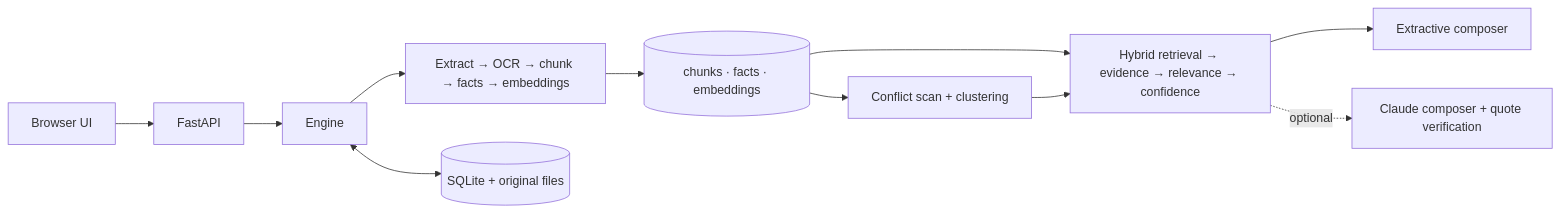
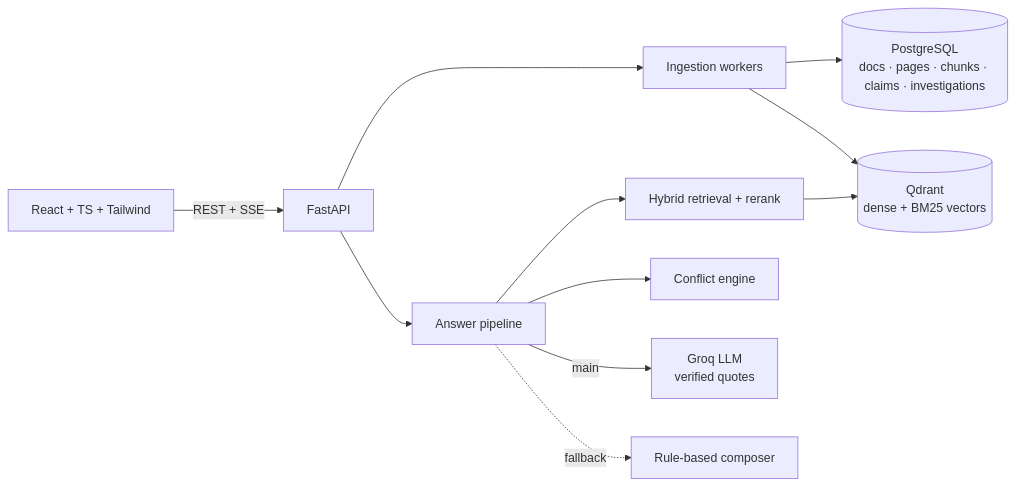
The diagram in README.md (sahinurrahman-debug/DocSherlock), drawn with Mermaid before and after one commit. The commit also changed other lines of this file and 169 other files, not shown here.

````diff
--- a/README.md
+++ b/README.md
@@ -84,13 +135,13 @@
 ```mermaid
 flowchart LR
-    UI[Browser UI] --> API[FastAPI]
-    API --> ENG[Engine]
-    ENG --> ING[Extract → OCR → chunk → facts → embeddings]
-    ING --> IDX[(chunks · facts · embeddings)]
-    IDX --> CON[Conflict scan + clustering]
-    IDX --> QA[Hybrid retrieval → evidence → relevance → confidence]
-    CON --> QA
-    QA --> EXT[Extractive composer]
-    QA -. optional .-> CL[Claude composer + quote verification]
-    ENG <--> DB[(SQLite + original files)]
+    UI["React + TS + Tailwind"] -->|REST + SSE| API[FastAPI]
+    API --> ING[Ingestion workers]
+    ING --> PG[(PostgreSQL<br/>docs · pages · chunks · claims · investigations)]
+    ING --> QD[(Qdrant<br/>dense + BM25 vectors)]
+    API --> QA[Answer pipeline]
+    QA --> RET[Hybrid retrieval + rerank]
+    RET --> QD
+    QA --> CON[Conflict engine]
+    QA -->|main| GROQ[Groq LLM<br/>verified quotes]
+    QA -.->|fallback| RULES[Rule-based composer]
 ```
````
